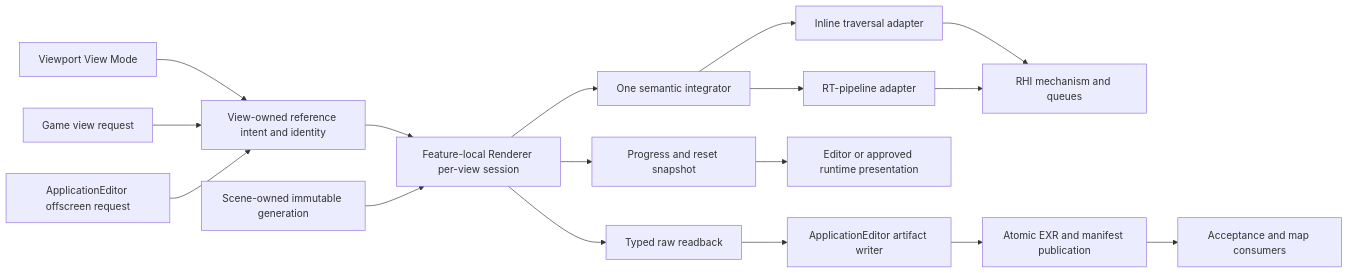
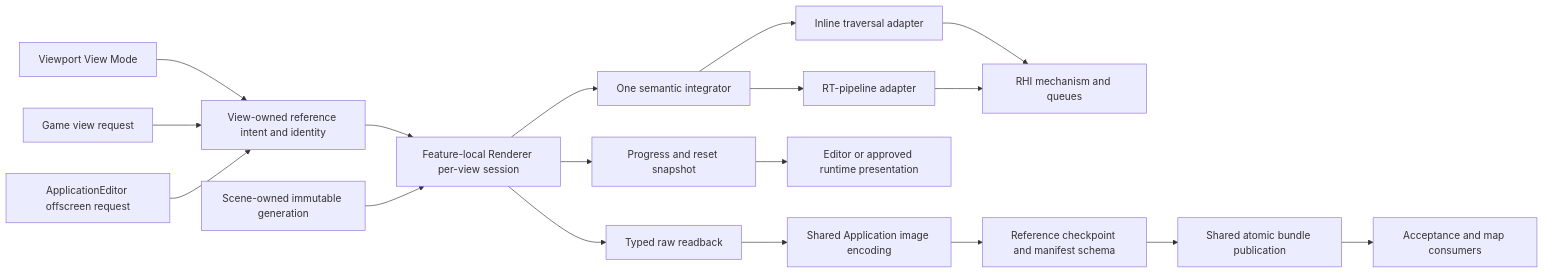
Before and after one commit to stoleckipawel/SparkleEngine: the first of 3 diagrams in Docs/Architecture/Modules/Engine/Renderer/Features/Lighting/ReferencePathTracer/ExecutionArchitecture.md, drawn with Mermaid. The commit also changed other lines of this file and 111 other files, not shown here.

````diff
--- a/Docs/Architecture/Modules/Engine/Renderer/Features/Lighting/ReferencePathTracer/ExecutionArchitecture.md
+++ b/Docs/Architecture/Modules/Engine/Renderer/Features/Lighting/ReferencePathTracer/ExecutionArchitecture.md
@@ -83,19 +83,20 @@
 ```mermaid
 flowchart LR
     Menu[Viewport View Mode] --> View[View-owned reference intent and identity]
     Runtime[Game view request] --> View
     CLI[ApplicationEditor offscreen request] --> View
     View --> Session[Feature-local Renderer per-view session]
     Scene[Scene-owned immutable generation] --> Session
     Session --> Integrator[One semantic integrator]
     Integrator --> Inline[Inline traversal adapter]
     Integrator --> RGS[RT-pipeline adapter]
     Inline --> RHI[RHI mechanism and queues]
     RGS --> RHI
     Session --> Overlay[Progress and reset snapshot]
     Session --> Readback[Typed raw readback]
     Overlay --> UI[Editor or approved runtime presentation]
-    Readback --> Writer[ApplicationEditor artifact writer]
-    Writer --> Publish[Atomic EXR and manifest publication]
+    Readback --> Encode[Shared Application image encoding]
+    Encode --> Schema[Reference checkpoint and manifest schema]
+    Schema --> Publish[Shared atomic bundle publication]
     Publish --> Evidence[Acceptance and map consumers]
 ```
````
